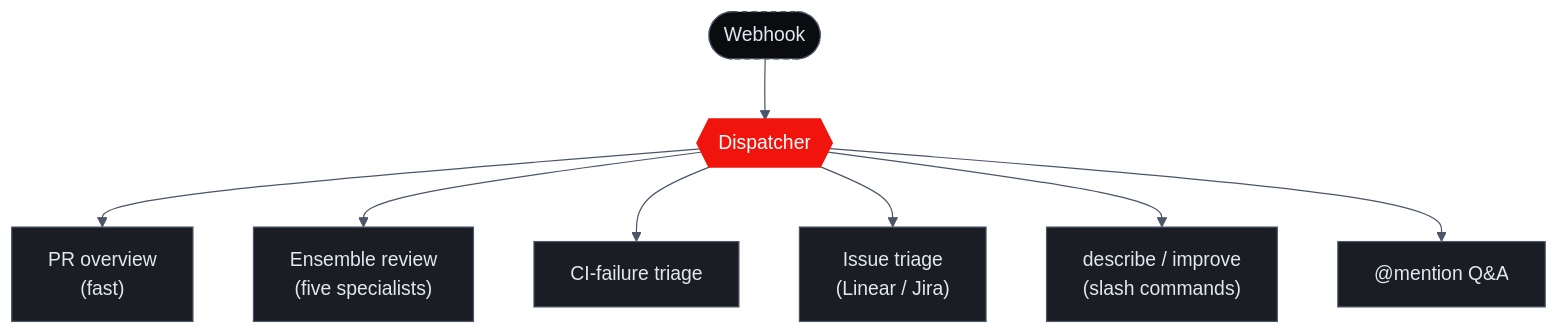
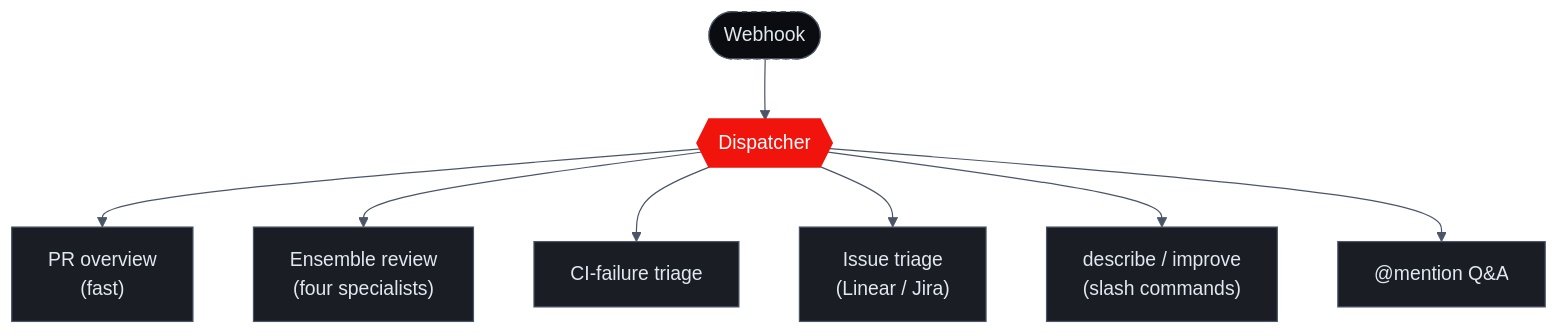
The diagram in pages/how-it-works/the-dispatcher.mdx (Arc-and-Anchor/sigilix-docs), drawn with Mermaid before and after one commit. The commit also changed other lines of this file and 31 other files, not shown here.

````diff
--- a/pages/how-it-works/the-dispatcher.mdx
+++ b/pages/how-it-works/the-dispatcher.mdx
@@ -17,38 +17,38 @@
 ```mermaid
 %%{init: {
   'theme': 'base',
   'themeVariables': {
     'background': '#0B0C10',
     'primaryColor': '#1A1D23',
     'primaryTextColor': '#E2E8F0',
     'primaryBorderColor': '#4A5568',
     'lineColor': '#4A5568',
     'fontFamily': 'ui-monospace, SFMono-Regular, Menlo, Monaco, Consolas, monospace'
   }
 } }%%
 flowchart TD
     hook([Webhook])
     disp{{Dispatcher}}
     overview["PR overview<br/>(fast)"]
-    ensemble["Ensemble review<br/>(five specialists)"]
+    ensemble["Ensemble review<br/>(four specialists)"]
     citriage["CI-failure triage"]
     issue["Issue triage<br/>(Linear / Jira)"]
     slash["describe / improve<br/>(slash commands)"]
     qa["@mention Q&A"]
 
     hook --> disp
     disp --> overview
     disp --> ensemble
     disp --> citriage
     disp --> issue
     disp --> slash
     disp --> qa
 
     classDef node fill:#1A1D23,stroke:#4A5568,color:#E2E8F0,stroke-width:1px
     classDef dispStyle fill:#f1140d,stroke:#f1140d,color:#FFFFFF,stroke-width:2px
     classDef output fill:#0B0C10,stroke:#4A5568,color:#E2E8F0,stroke-width:1px,stroke-dasharray: 4 4
 
     class overview,ensemble,citriage,issue,slash,qa node
     class disp dispStyle
     class hook output
 ```
````
